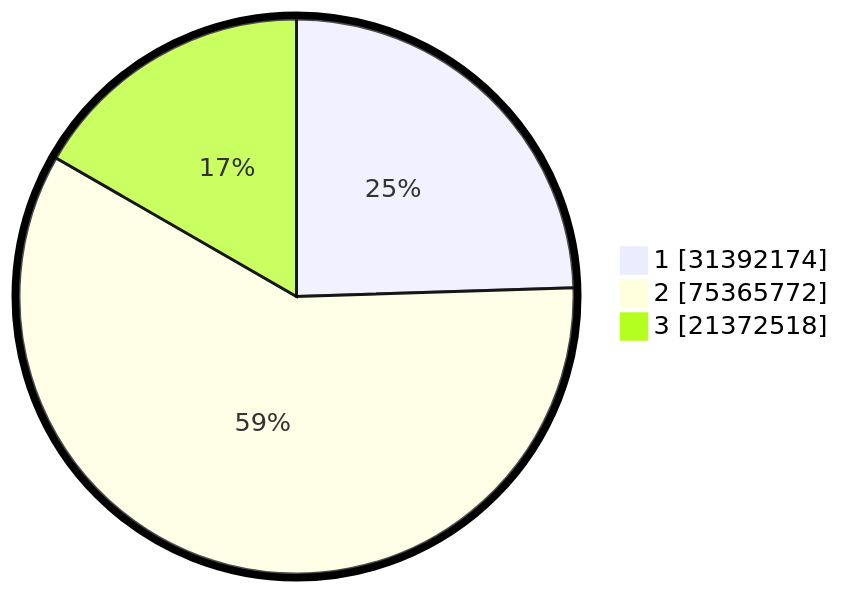
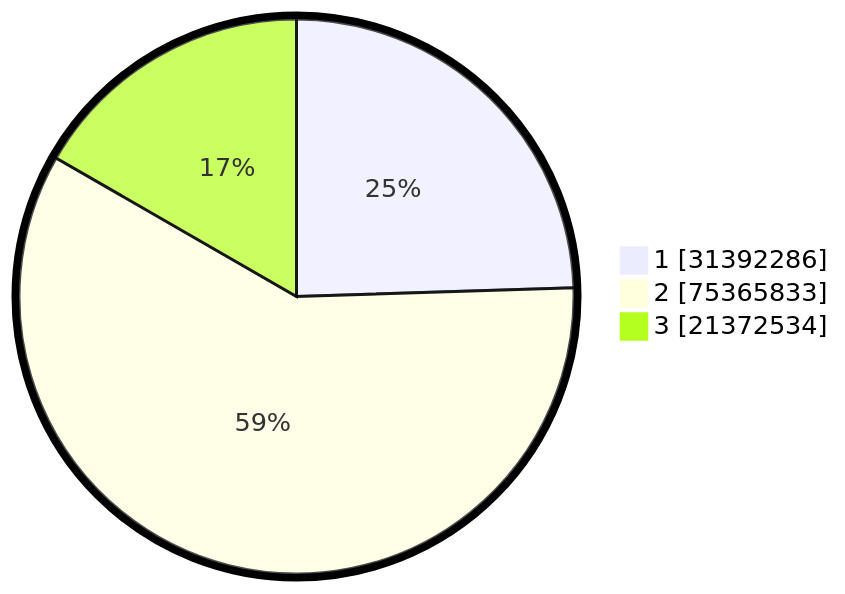
The second of 2 diagrams in pilpres/hitung-suara/README.md (gigit-pemilu/pemilu-2024), drawn with Mermaid before and after one commit. The commit also changed other lines of this file and 6 other files, not shown here.

````diff
--- a/pilpres/hitung-suara/README.md
+++ b/pilpres/hitung-suara/README.md
@@ -93,7 +93,7 @@
 ```mermaid
 %%{init: {"pie": {"textPosition": 0.5}, "themeVariables": {"pieOuterStrokeWidth": "5px"}} }%%
 pie showData
-    "1" : 31392174
-    "2" : 75365772
-    "3" : 21372518
+    "1" : 31392286
+    "2" : 75365833
+    "3" : 21372534
 ```
````
